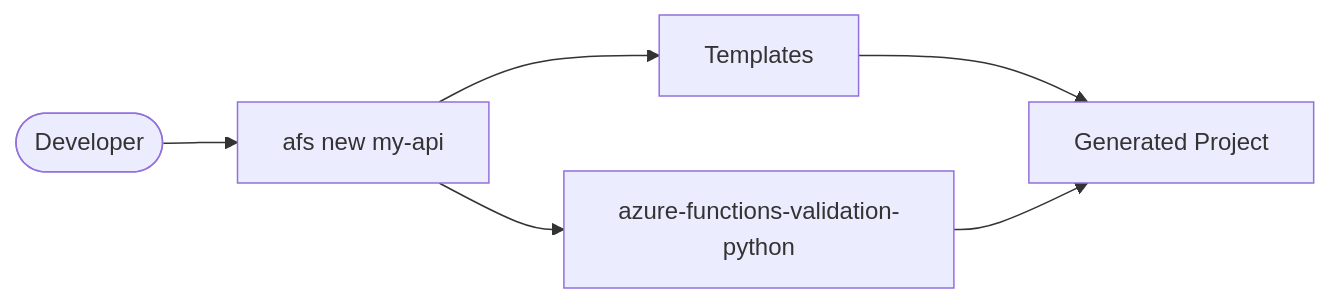
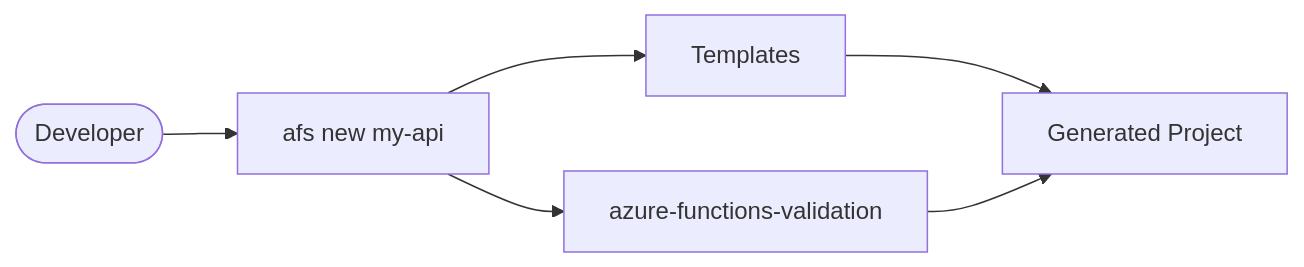
The diagram in README.md (yeongseon/azure-functions-scaffold), drawn with Mermaid before and after one commit. The commit also changed other lines of this file and 41 other files, not shown here.

````diff
--- a/README.md
+++ b/README.md
@@ -21,14 +21,14 @@
 ```mermaid
 flowchart LR
     Dev(["Developer"])
     CLI["afs new my-api"]
     T["Templates"]
     P["Generated Project"]
-    VAL["azure-functions-validation-python"]
+    VAL["azure-functions-validation"]
 
     Dev --> CLI
     CLI --> T
     T --> P
     CLI --> VAL
     VAL --> P
 ```
````
